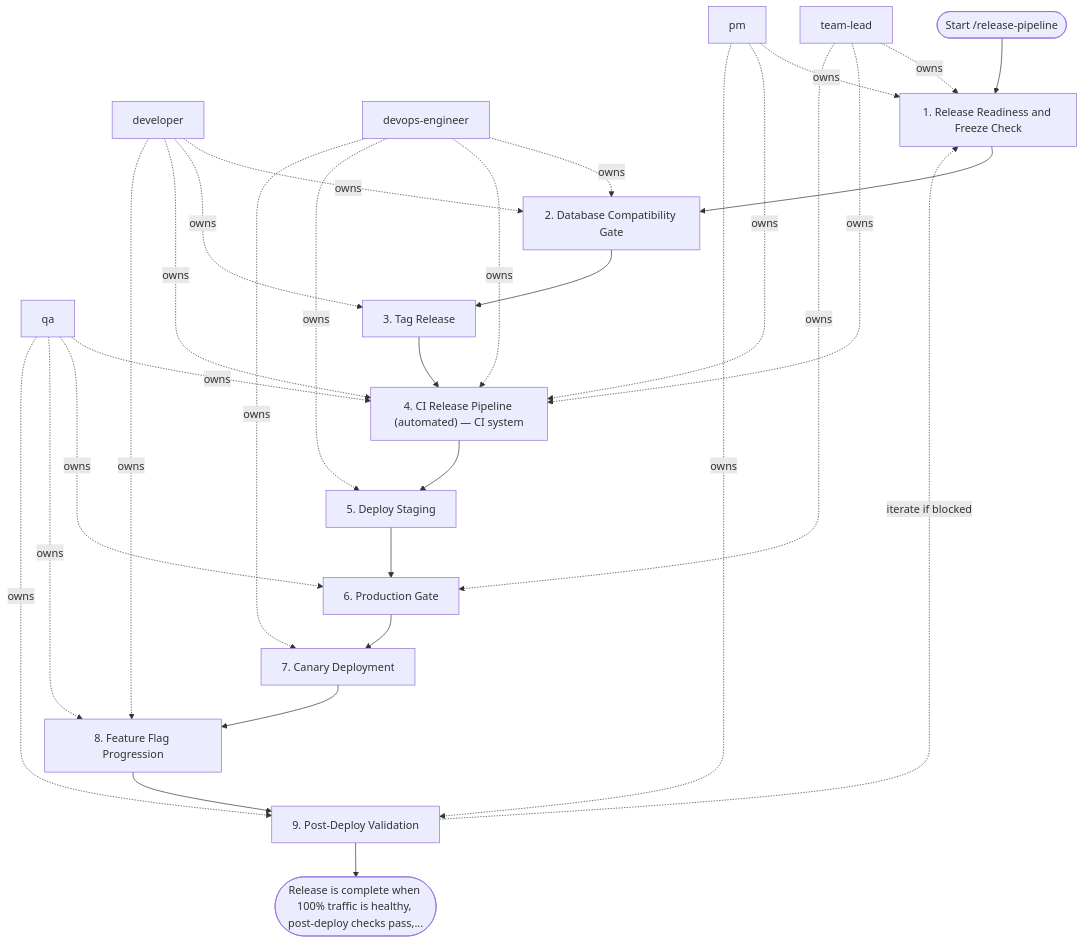
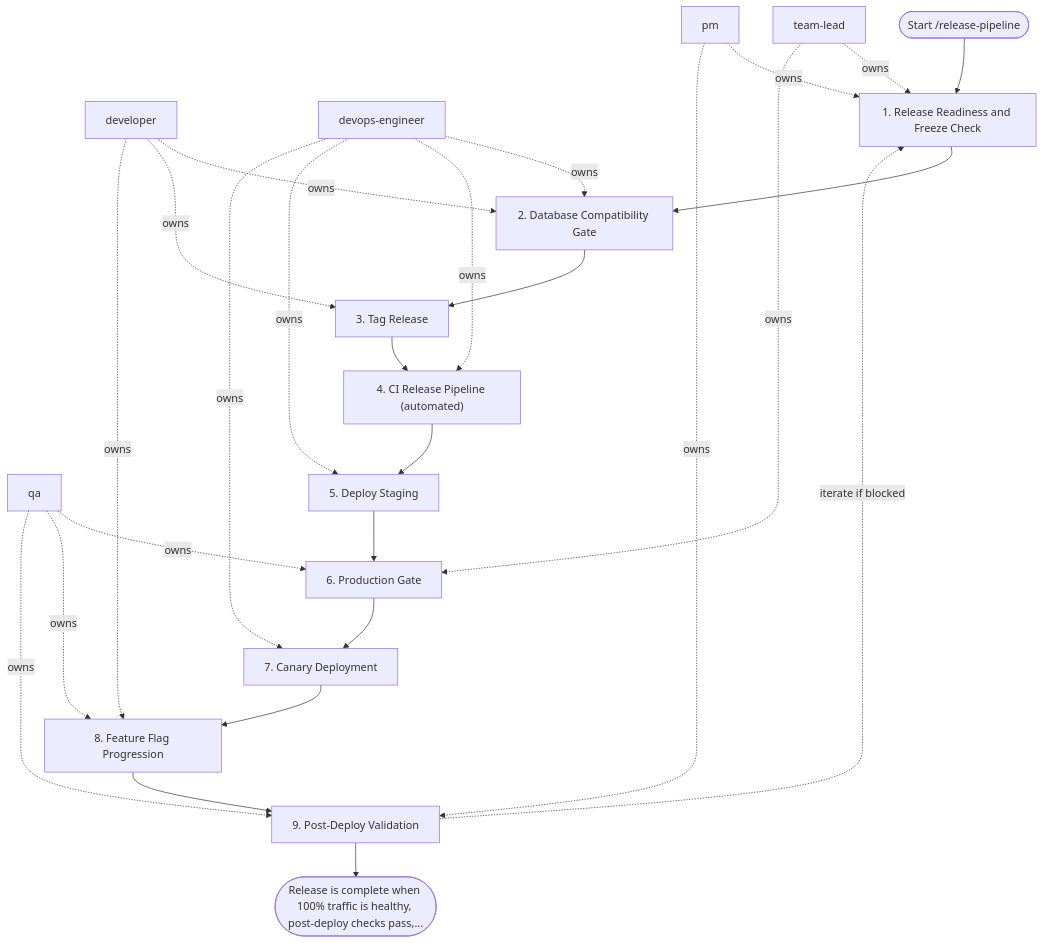
Before and after one commit to sawrus/agent-guides: the diagram in areas/devops/ci-cd/workflows/release-pipeline.md, drawn with Mermaid. The commit also changed other lines of this file and 88 other files, not shown here.

````diff
--- a/areas/devops/ci-cd/workflows/release-pipeline.md
+++ b/areas/devops/ci-cd/workflows/release-pipeline.md
@@ -116,48 +129,44 @@
 ```mermaid
 flowchart TD
   start(["Start /release-pipeline"])
   role_1["team-lead"]
   role_2["pm"]
   role_3["developer"]
   role_4["devops-engineer"]
   role_5["qa"]
   step_1["1. Release Readiness and Freeze Check"]
   step_2["2. Database Compatibility Gate"]
   step_3["3. Tag Release"]
-  step_4["4. CI Release Pipeline (automated) — CI system"]
+  step_4["4. CI Release Pipeline (automated)"]
   step_5["5. Deploy Staging"]
   step_6["6. Production Gate"]
   step_7["7. Canary Deployment"]
   step_8["8. Feature Flag Progression"]
   step_9["9. Post-Deploy Validation"]
   exit(["Release is complete when 100% traffic is healthy, post-deploy checks pass,..."])
   start --> step_1
   step_1 --> step_2
   step_2 --> step_3
   step_3 --> step_4
   step_4 --> step_5
   step_5 --> step_6
   step_6 --> step_7
   step_7 --> step_8
   step_8 --> step_9
   step_9 --> exit
   role_1 -. owns .-> step_1
   role_2 -. owns .-> step_1
   role_3 -. owns .-> step_2
   role_4 -. owns .-> step_2
   role_3 -. owns .-> step_3
-  role_3 -. owns .-> step_4
   role_4 -. owns .-> step_4
-  role_1 -. owns .-> step_4
-  role_2 -. owns .-> step_4
-  role_5 -. owns .-> step_4
   role_4 -. owns .-> step_5
   role_1 -. owns .-> step_6
   role_5 -. owns .-> step_6
   role_4 -. owns .-> step_7
   role_3 -. owns .-> step_8
   role_5 -. owns .-> step_8
   role_5 -. owns .-> step_9
   role_2 -. owns .-> step_9
   step_9 -. iterate if blocked .-> step_1
 ```
````
